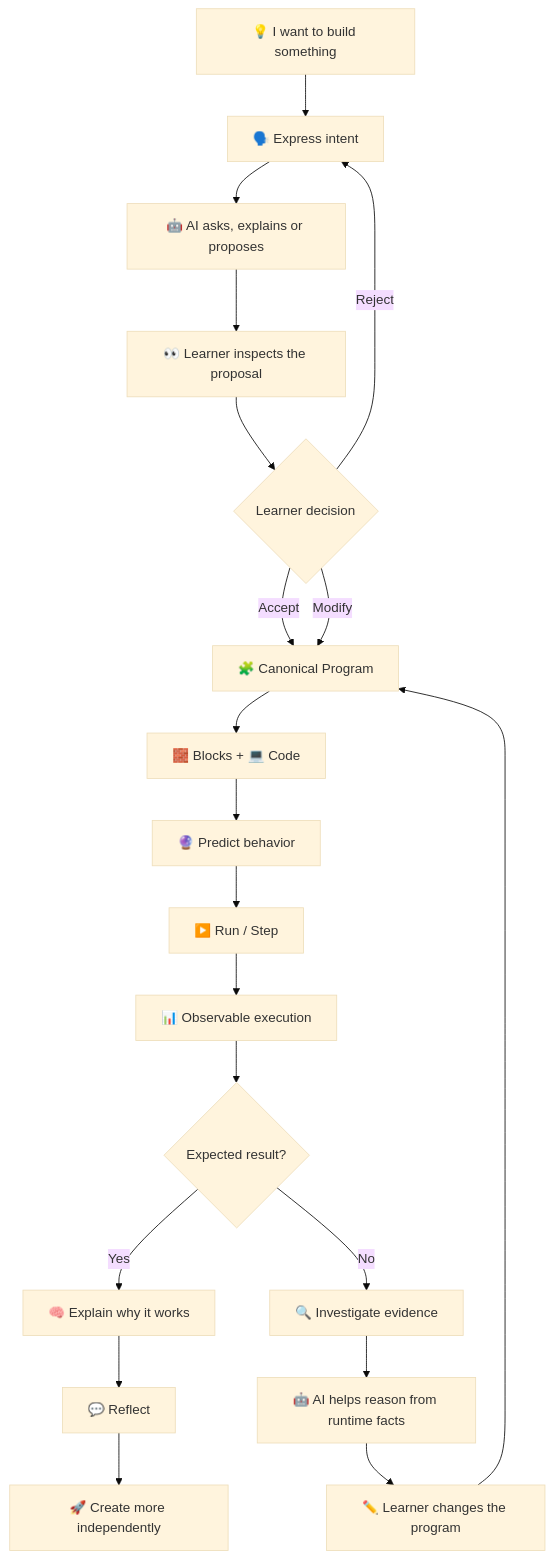
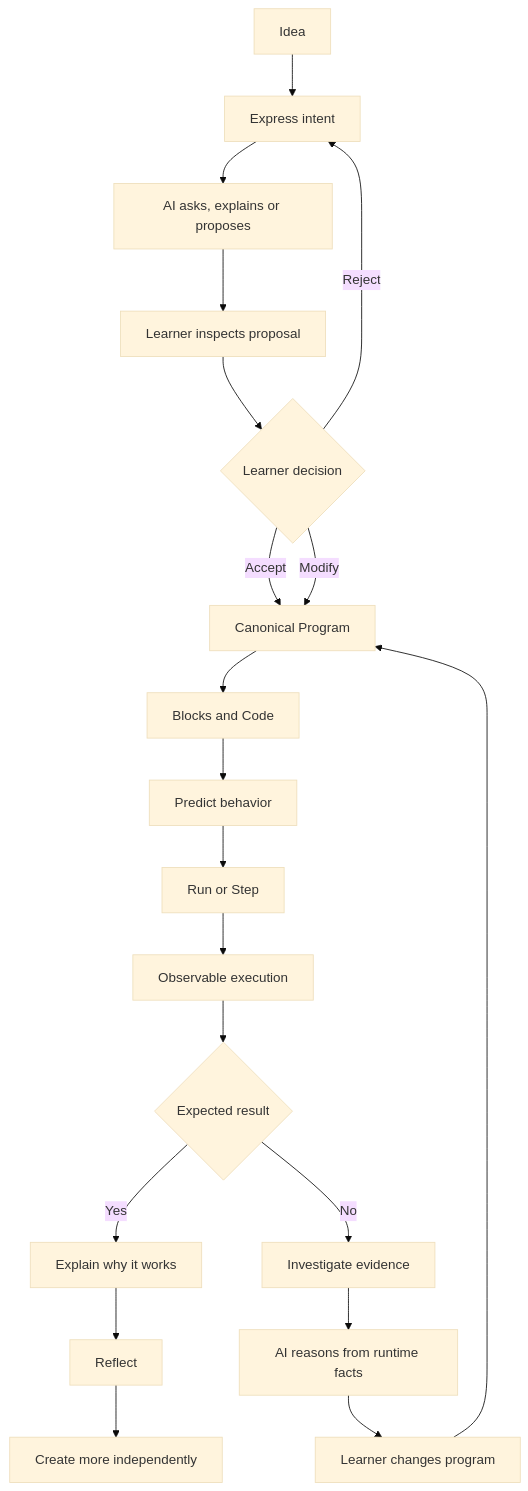
Before and after one commit to Modern-Ash/agorix: the first of 16 diagrams in README.md, drawn with Mermaid (base theme). The commit also changed other lines of this file, not shown here.

Commit message:
docs: make Mermaid diagrams GitHub-safe

````diff
--- a/README.md
+++ b/README.md
@@ -59,25 +59,22 @@
 ```mermaid
 flowchart TD
-    A["💡 I want to build something"] --> B["🗣️ Express intent"]
-    B --> C["🤖 AI asks, explains or proposes"]
-    C --> D["👀 Learner inspects the proposal"]
-    D --> E{"Learner decision"}
-    E -->|Accept| F["🧩 Canonical Program"]
+    A[Idea] --> B[Express intent]
+    B --> C[AI asks, explains or proposes]
+    C --> D[Learner inspects proposal]
+    D --> E{Learner decision}
+    E -->|Accept| F[Canonical Program]
     E -->|Modify| F
     E -->|Reject| B
-
-    F --> G["🧱 Blocks + 💻 Code"]
-    G --> H["🔮 Predict behavior"]
-    H --> I["▶️ Run / Step"]
-    I --> J["📊 Observable execution"]
-
-    J --> K{"Expected result?"}
-    K -->|Yes| L["🧠 Explain why it works"]
-    K -->|No| M["🔍 Investigate evidence"]
-    M --> N["🤖 AI helps reason from runtime facts"]
-    N --> O["✏️ Learner changes the program"]
+    F --> G[Blocks and Code]
+    G --> H[Predict behavior]
+    H --> I[Run or Step]
+    I --> J[Observable execution]
+    J --> K{Expected result}
+    K -->|Yes| L[Explain why it works]
+    K -->|No| M[Investigate evidence]
+    M --> N[AI reasons from runtime facts]
+    N --> O[Learner changes program]
     O --> F
-
-    L --> P["💬 Reflect"]
-    P --> Q["🚀 Create more independently"]
+    L --> P[Reflect]
+    P --> Q[Create more independently]
 ```
````
